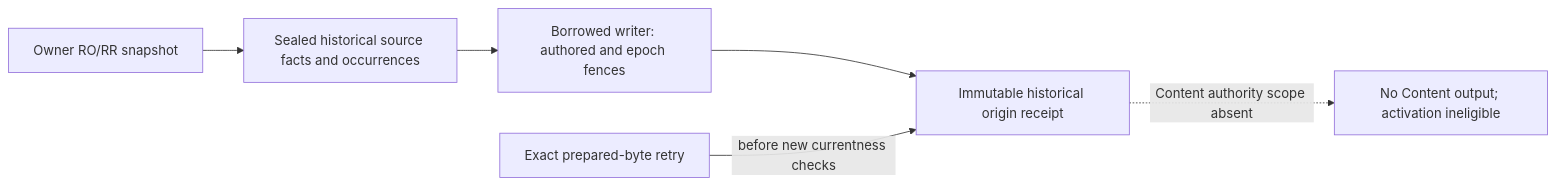
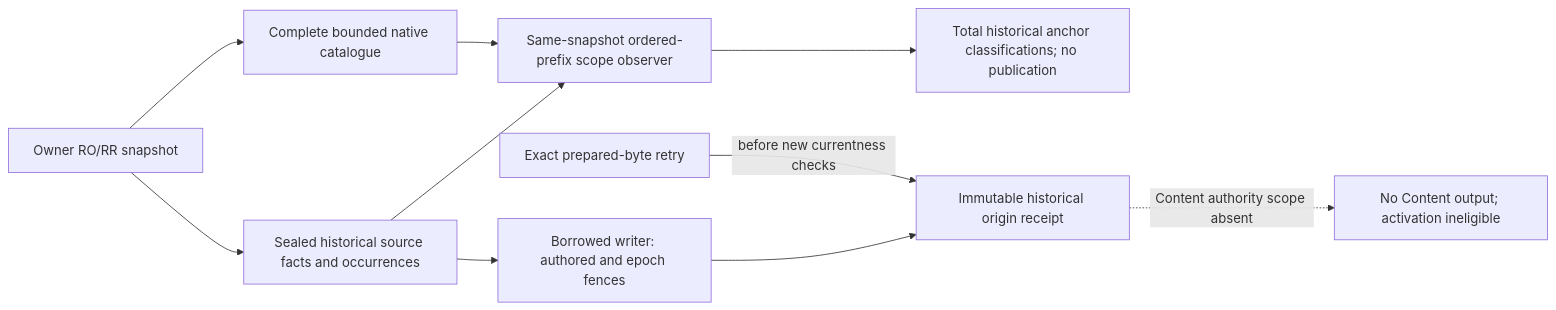
Before and after one commit to aaweaver-actuary/tempo: the diagram in database/tempo_legacy_database/schema/authored-origin/README.md, drawn with Mermaid. The commit also changed other lines of this file and 1 other file, not shown here.

Commit message:
Document same-snapshot authority observation and proof limits

````diff
--- a/database/tempo_legacy_database/schema/authored-origin/README.md
+++ b/database/tempo_legacy_database/schema/authored-origin/README.md
@@ -10,8 +10,12 @@
 ```mermaid
 flowchart LR
   reader["Owner RO/RR snapshot"] --> prepared["Sealed historical source facts and occurrences"]
+  reader --> catalogue["Complete bounded native catalogue"]
+  prepared --> scope["Same-snapshot ordered-prefix scope observer"]
+  catalogue --> scope
+  scope --> map["Total historical anchor classifications; no publication"]
   prepared --> writer["Borrowed writer: authored and epoch fences"]
   writer --> receipts["Immutable historical origin receipt"]
   retry["Exact prepared-byte retry"] -->|before new currentness checks| receipts
   receipts -. "Content authority scope absent" .-> blocked["No Content output; activation ineligible"]
 ```
````
